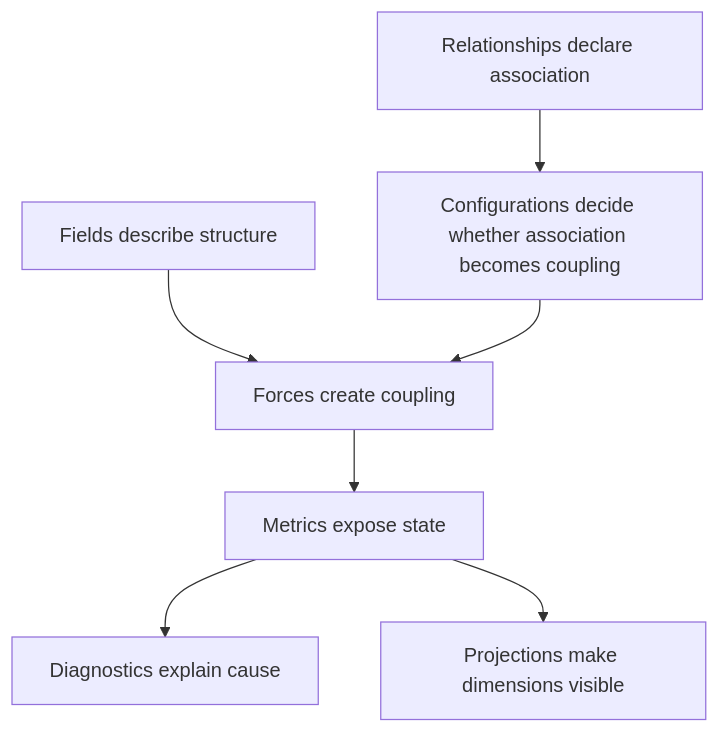
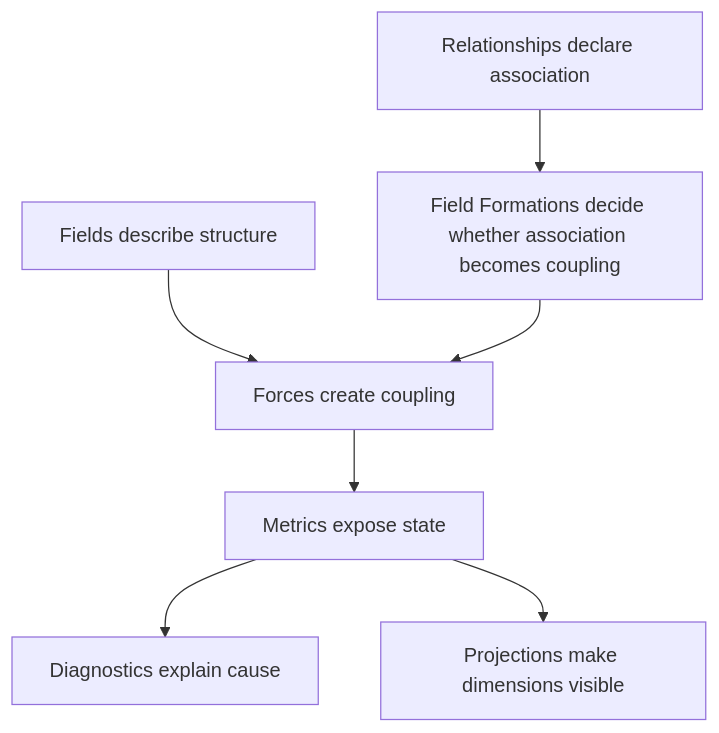
The third of 3 diagrams in docs/canonical/dimensional-coupling.md (zachshallbetter/fundamental-engine), drawn with Mermaid before and after one commit. The commit also changed other lines of this file and 19 other files, not shown here.

````diff
--- a/docs/canonical/dimensional-coupling.md
+++ b/docs/canonical/dimensional-coupling.md
@@ -304,11 +308,11 @@
 ```mermaid
 flowchart TD
   A["Fields describe structure"] --> B["Forces create coupling"]
-  C["Relationships declare association"] --> D["Configurations decide whether association becomes coupling"]
+  C["Relationships declare association"] --> D["Field Formations decide whether association becomes coupling"]
   E["Metrics expose state"] --> F["Diagnostics explain cause"]
   G["Projections make dimensions visible"]
 
   D --> B
   B --> E
   E --> G
 ```
````
